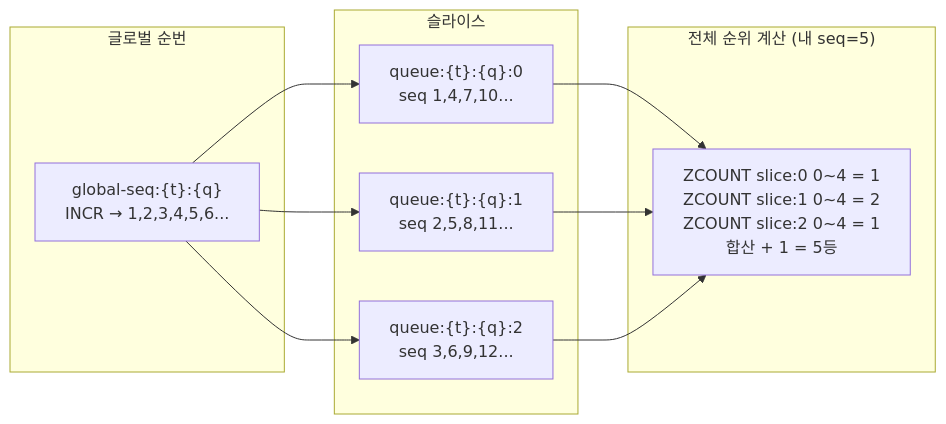
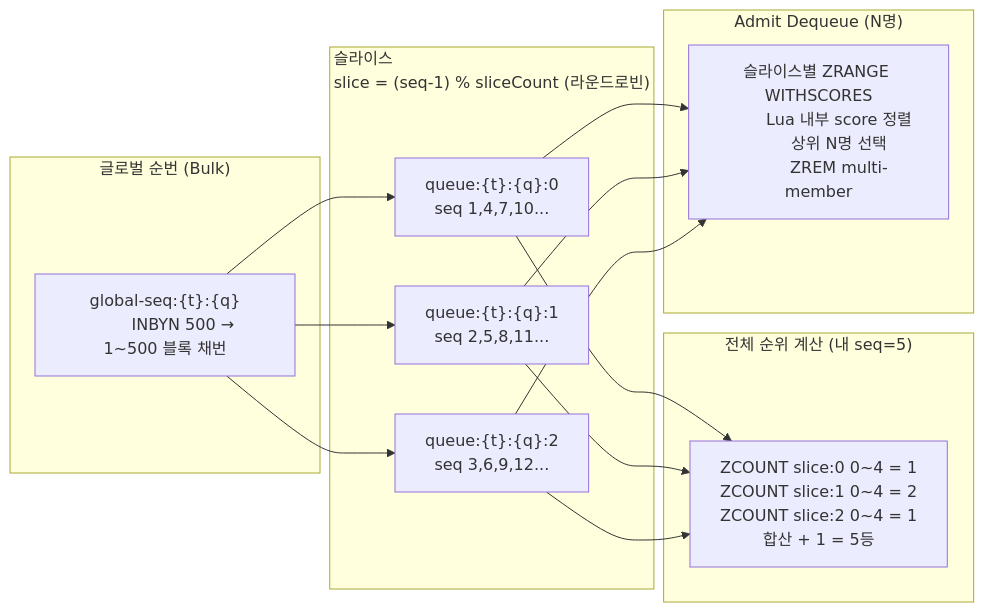
One commit to S-Onix/queue-platform changed the sixth of 6 diagrams in doc/FLOW.md. Above: the diagram before and after it, drawn with Mermaid. The commit also changed other lines of this file and 4 other files, not shown here.

````diff
--- a/doc/FLOW.md
+++ b/doc/FLOW.md
@@ -259,30 +242,41 @@
 ```mermaid
 flowchart LR
-    subgraph GLOBAL["글로벌 순번"]
+    subgraph GLOBAL["글로벌 순번 (Bulk)"]
         SEQ["global-seq:{t}:{q}
-        INCR → 1,2,3,4,5,6..."]
+        INBYN 500 → 1~500 블록 채번"]
     end
 
-    subgraph SLICES["슬라이스"]
+    subgraph SLICES["슬라이스
+    slice = (seq-1) % sliceCount (라운드로빈)"]
         S0["queue:{t}:{q}:0
         seq 1,4,7,10..."]
         S1["queue:{t}:{q}:1
         seq 2,5,8,11..."]
         S2["queue:{t}:{q}:2
         seq 3,6,9,12..."]
     end
 
     subgraph RANK["전체 순위 계산 (내 seq=5)"]
         R["ZCOUNT slice:0 0~4 = 1
         ZCOUNT slice:1 0~4 = 2
         ZCOUNT slice:2 0~4 = 1
         합산 + 1 = 5등"]
     end
 
+    subgraph DEQUEUE["Admit Dequeue (N명)"]
+        D["슬라이스별 ZRANGE WITHSCORES
+        Lua 내부 score 정렬
+        상위 N명 선택
+        ZREM multi-member"]
+    end
+
     SEQ --> S0
     SEQ --> S1
     SEQ --> S2
     S0 --> R
     S1 --> R
     S2 --> R
+    S0 --> D
+    S1 --> D
+    S2 --> D
 ```
````
